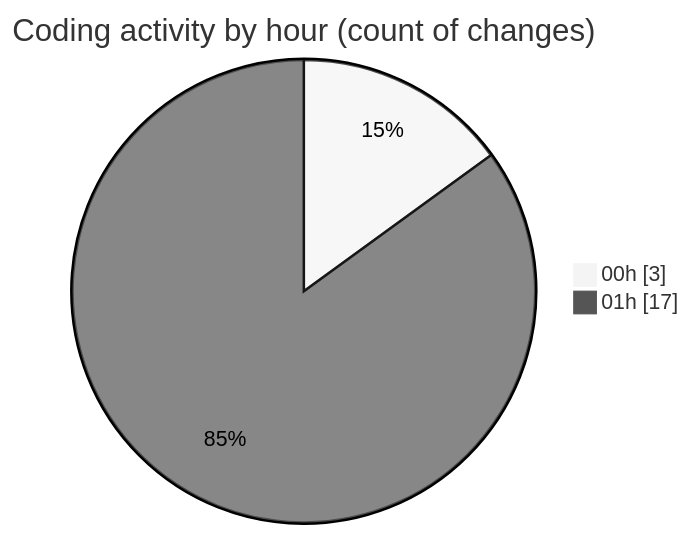
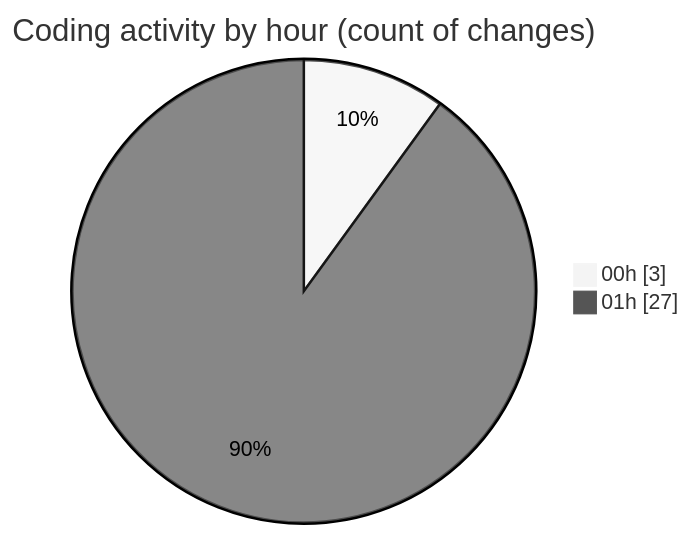
Before and after one commit to mevix1/code-tracking: the second of 2 diagrams in 2025-10-02/oura-api/README.md, drawn with Mermaid (neutral theme). The commit also changed other lines of this file and 1 other file, not shown here.

````diff
--- a/2025-10-02/oura-api/README.md
+++ b/2025-10-02/oura-api/README.md
@@ -54,6 +62,6 @@
 ```mermaid
 pie showData
 title Coding activity by hour (count of changes)
 "00h" : 3
-"01h" : 17
+"01h" : 27
 ```
````
